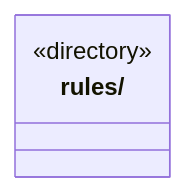
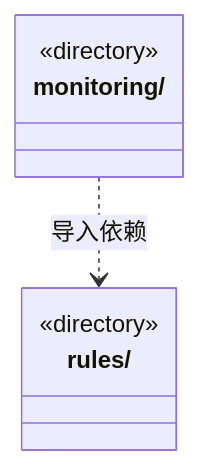
The diagram in src/logic/runtime/ARCHITECTURE.md (nan023062/cbim), drawn with Mermaid before and after one commit. The commit also changed other lines of this file and 456 other files, not shown here.

````diff
--- a/src/logic/runtime/ARCHITECTURE.md
+++ b/src/logic/runtime/ARCHITECTURE.md
@@ -15,6 +15,10 @@
 ```mermaid
 classDiagram
+class N_src_logic_runtime_monitoring["monitoring/"] {
+  <<directory>>
+}
 class N_src_logic_runtime_rules["rules/"] {
   <<directory>>
 }
+N_src_logic_runtime_monitoring ..> N_src_logic_runtime_rules : 导入依赖
 ```
````
